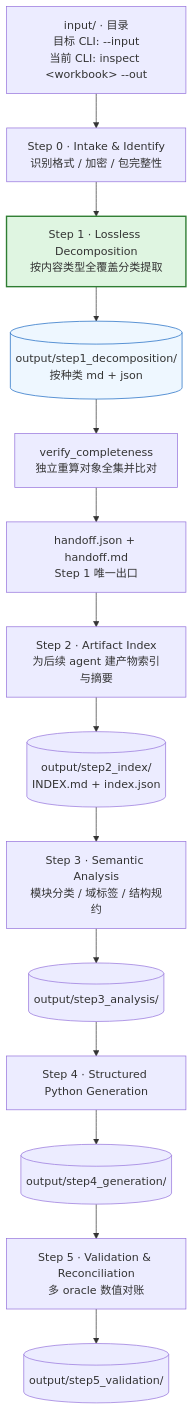
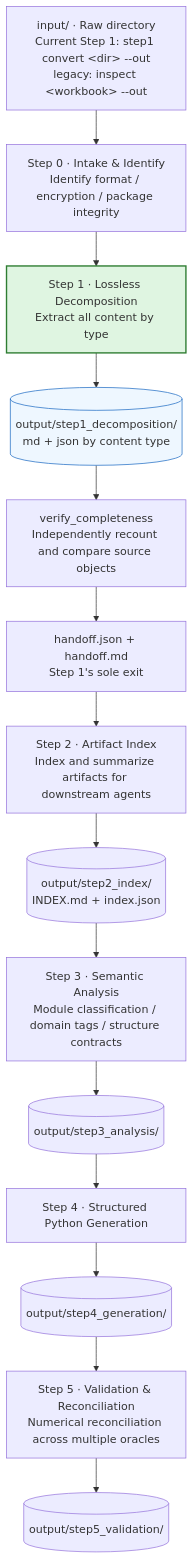
The first of 2 diagrams in README.md (ferryhe/excel_to_act), drawn with Mermaid before and after one commit. The commit also changed other lines of this file and 17 other files, not shown here.

Commit message:
feat: Step1 转换、检验与 agent 交接 (#17)

````diff
--- a/README.md
+++ b/README.md
@@ -17,22 +21,22 @@
 ```mermaid
 flowchart TD
-    IN["input/ · 目录<br/>目标 CLI: --input<br/>当前 CLI: inspect &lt;workbook&gt; --out"]
-    S0["Step 0 · Intake &amp; Identify<br/>识别格式 / 加密 / 包完整性"]
-    S1["Step 1 · Lossless Decomposition<br/>按内容类型全覆盖分类提取"]
-    O1[("output/step1_decomposition/<br/>按种类 md + json")]
-    V["verify_completeness<br/>独立重算对象全集并比对"]
-    H["handoff.json + handoff.md<br/>Step 1 唯一出口"]
-    S2["Step 2 · Artifact Index<br/>为后续 agent 建产物索引与摘要"]
+    IN["input/ · Raw directory<br/>Current Step 1: step1 convert &lt;dir&gt; --out<br/>legacy: inspect &lt;workbook&gt; --out"]
+    S0["Step 0 · Intake &amp; Identify<br/>Identify format / encryption / package integrity"]
+    S1["Step 1 · Lossless Decomposition<br/>Extract all content by type"]
+    O1[("output/step1_decomposition/<br/>md + json by content type")]
+    V["verify_completeness<br/>Independently recount and compare source objects"]
+    H["handoff.json + handoff.md<br/>Step 1's sole exit"]
+    S2["Step 2 · Artifact Index<br/>Index and summarize artifacts for downstream agents"]
     O2[("output/step2_index/<br/>INDEX.md + index.json")]
-    S3["Step 3 · Semantic Analysis<br/>模块分类 / 域标签 / 结构规约"]
+    S3["Step 3 · Semantic Analysis<br/>Module classification / domain tags / structure contracts"]
     O3[("output/step3_analysis/")]
     S4["Step 4 · Structured Python Generation"]
     O4[("output/step4_generation/")]
-    S5["Step 5 · Validation &amp; Reconciliation<br/>多 oracle 数值对账"]
+    S5["Step 5 · Validation &amp; Reconciliation<br/>Numerical reconciliation across multiple oracles"]
     O5[("output/step5_validation/")]
 
     IN --> S0 --> S1 --> O1 --> V --> H --> S2 --> O2 --> S3 --> O3 --> S4 --> O4 --> S5 --> O5
 
     style S1 fill:#dff5e1,stroke:#2e7d32,stroke-width:2px
     style O1 fill:#eef7ff,stroke:#1565c0
 ```
````
